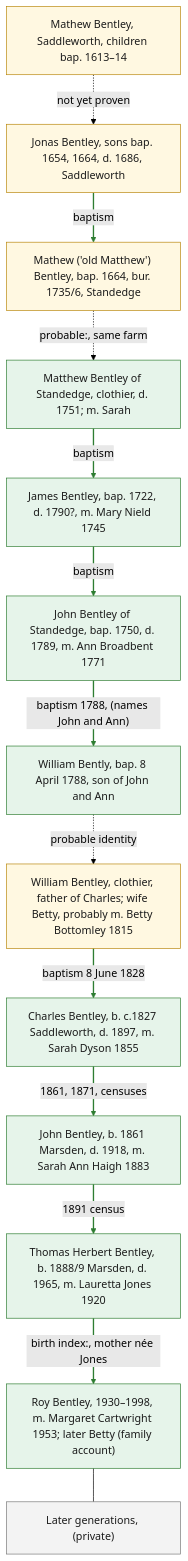
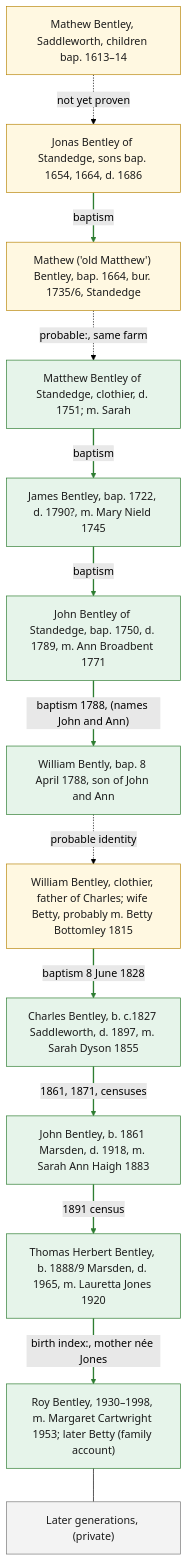
The diagram in family-tree.md (OPISGUY/Bentley-Family-History), drawn with Mermaid (forest theme) before and after one commit. The commit also changed other lines of this file and 61 other files, not shown here.

````diff
--- a/family-tree.md
+++ b/family-tree.md
@@ -22,35 +22,35 @@
 ```mermaid
 flowchart TD
     classDef found fill:#e6f4ea,stroke:#2e7d32,color:#1b1b1b
     classDef probable fill:#fff8e1,stroke:#b8860b,color:#1b1b1b
     classDef gap fill:#f3f3f3,stroke:#777777,color:#1b1b1b
 
     A1["Mathew Bentley, Saddleworth, children bap. 1613–14"]:::probable
-    A2["Jonas Bentley, sons bap. 1654, 1664, d. 1686, Saddleworth"]:::probable
+    A2["Jonas Bentley of Standedge, sons bap. 1654, 1664, d. 1686"]:::probable
     A3["Mathew ('old Matthew') Bentley, bap. 1664, bur. 1735/6, Standedge"]:::probable
     A4["Matthew Bentley of Standedge, clothier, d. 1751; m. Sarah"]:::found
     A5["James Bentley, bap. 1722, d. 1790?, m. Mary Nield 1745"]:::found
     A6["John Bentley of Standedge, bap. 1750, d. 1789, m. Ann Broadbent 1771"]:::found
     B1["William Bently, bap. 8 April 1788, son of John and Ann"]:::found
     BF["William Bentley, clothier, father of Charles; wife Betty, probably m. Betty Bottomley 1815"]:::probable
     B2["Charles Bentley, b. c.1827 Saddleworth, d. 1897, m. Sarah Dyson 1855"]:::found
     B3["John Bentley, b. 1861 Marsden, d. 1918, m. Sarah Ann Haigh 1883"]:::found
     B4["Thomas Herbert Bentley, b. 1888/9 Marsden, d. 1965, m. Lauretta Jones 1920"]:::found
     B5["Roy Bentley, 1930–1998, m. Margaret Cartwright 1953; later Betty (family account)"]:::found
     P["Later generations, (private)"]:::gap
 
     A1 -.->|not yet proven| A2
     A2 -->|baptism| A3
     A3 -.->|"probable:, same farm"| A4
     A4 -->|baptism| A5
     A5 -->|baptism| A6
     A6 -->|"baptism 1788, (names John and Ann)"| B1
     B1 -.->|"probable identity"| BF
     BF -->|"baptism 8 June 1828"| B2
     B2 -->|"1861, 1871, censuses"| B3
     B3 -->|"1891 census"| B4
     B4 -->|"birth index:, mother née Jones"| B5
     B5 --- P
 
     linkStyle 1,3,4,5,7,8,9,10 stroke:#2e7d32,stroke-width:2px
 ```
````
